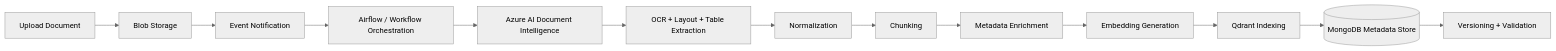
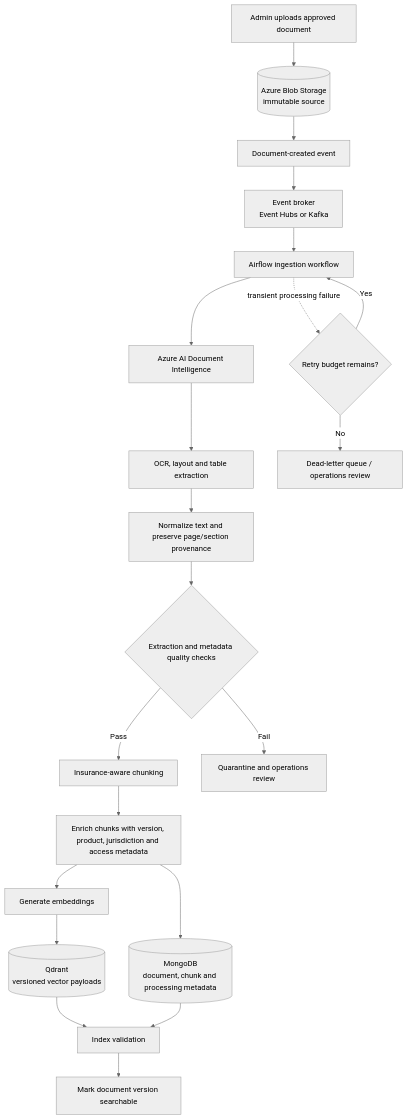
The second of 4 diagrams in rag-architecture.md (mithileshbhumca/InsuranceGenAI), drawn with Mermaid (neutral theme) before and after one commit. The commit also changed other lines of this file and 3 other files, not shown here.

````diff
--- a/rag-architecture.md
+++ b/rag-architecture.md
@@ -102,15 +186,23 @@
 ```mermaid
-flowchart LR
-    A[Upload Document] --> B[Blob Storage]
-    B --> C[Event Notification]
-    C --> D[Airflow / Workflow Orchestration]
-    D --> E[Azure AI Document Intelligence]
-    E --> F[OCR + Layout + Table Extraction]
-    F --> G[Normalization]
-    G --> H[Chunking]
-    H --> I[Metadata Enrichment]
-    I --> J[Embedding Generation]
-    J --> K[Qdrant Indexing]
-    K --> L[(MongoDB Metadata Store)]
-    L --> M[Versioning + Validation]
+flowchart TD
+    A[Admin uploads approved document] --> B[(Azure Blob Storage<br/>immutable source)]
+    B --> C[Document-created event]
+    C --> D[Event broker<br/>Event Hubs or Kafka]
+    D --> E[Airflow ingestion workflow]
+    E --> F[Azure AI Document Intelligence]
+    F --> G[OCR, layout and table extraction]
+    G --> H[Normalize text and preserve page/section provenance]
+    H --> I{Extraction and metadata quality checks}
+    I -- Pass --> J[Insurance-aware chunking]
+    I -- Fail --> X[Quarantine and operations review]
+    J --> K[Enrich chunks with version, product, jurisdiction and access metadata]
+    K --> L[Generate embeddings]
+    L --> M[(Qdrant<br/>versioned vector payloads)]
+    K --> N[(MongoDB<br/>document, chunk and processing metadata)]
+    M --> O[Index validation]
+    N --> O
+    O --> P[Mark document version searchable]
+    E -. transient processing failure .-> RETRY{Retry budget remains?}
+    RETRY -- Yes --> E
+    RETRY -- No --> DLQ[Dead-letter queue / operations review]
 ```
````
